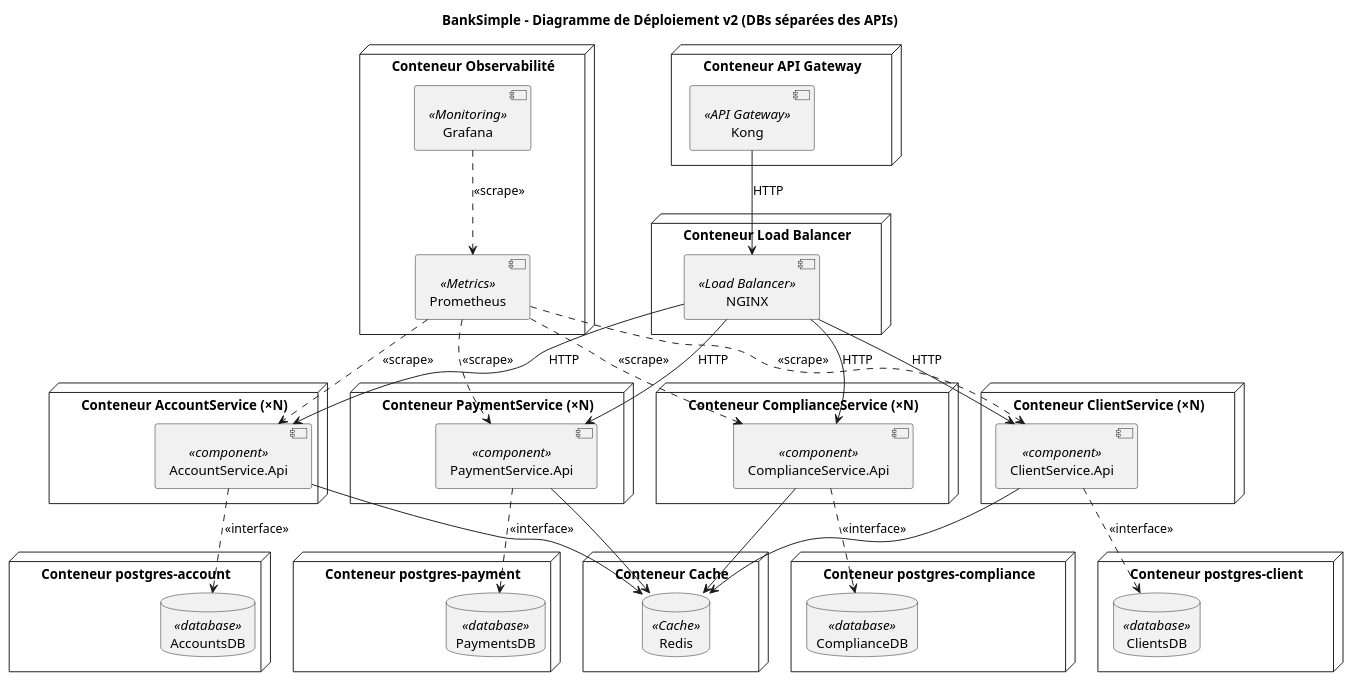
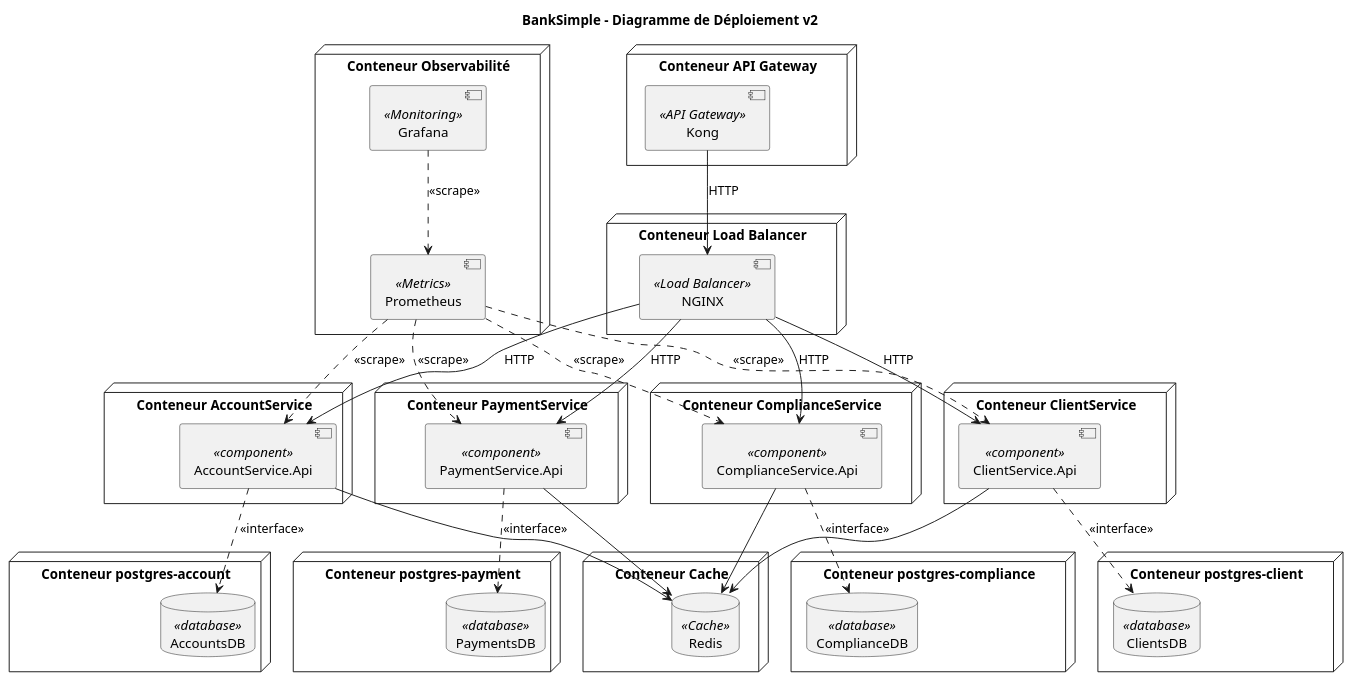
The diagram in docs/views/deployment_v2.puml (Toksunus/banksimple), drawn with PlantUML before and after one commit. The commit also changed 47 other files, not shown here.

```diff
--- a/docs/views/deployment_v2.puml
+++ b/docs/views/deployment_v2.puml
@@ -1,75 +1,75 @@
 @startuml deployment_v2
-title BankSimple - Diagramme de Déploiement v2 (DBs séparées des APIs)
+title BankSimple - Diagramme de Déploiement v2
 
 node "Conteneur API Gateway" {
   component "Kong" <<API Gateway>> as Gateway
 }
 
 node "Conteneur Load Balancer" {
   component "NGINX" <<Load Balancer>> as LB
 }
 
 node "Conteneur Observabilité" {
   component "Grafana" <<Monitoring>> as Grafana
   component "Prometheus" <<Metrics>> as Prometheus
   Grafana ..> Prometheus : <<scrape>>
 }
 
-node "Conteneur ClientService (×N)" {
+node "Conteneur ClientService" {
   component "ClientService.Api" <<component>> as Client_API
 }
 
-node "Conteneur AccountService (×N)" {
+node "Conteneur AccountService" {
   component "AccountService.Api" <<component>> as Account_API
 }
 
-node "Conteneur PaymentService (×N)" {
+node "Conteneur PaymentService" {
   component "PaymentService.Api" <<component>> as Payment_API
 }
 
-node "Conteneur ComplianceService (×N)" {
+node "Conteneur ComplianceService" {
   component "ComplianceService.Api" <<component>> as Compliance_API
 }
 
 node "Conteneur postgres-client" {
   database "ClientsDB" <<database>> as Client_DB
 }
 
 node "Conteneur postgres-account" {
   database "AccountsDB" <<database>> as Account_DB
 }
 
 node "Conteneur postgres-payment" {
   database "PaymentsDB" <<database>> as Payment_DB
 }
 
 node "Conteneur postgres-compliance" {
   database "ComplianceDB" <<database>> as Compliance_DB
 }
 
 node "Conteneur Cache" {
   database "Redis" <<Cache>> as Cache
 }
 
 Gateway --> LB : HTTP
 LB --> Client_API : HTTP
 LB --> Account_API : HTTP
 LB --> Payment_API : HTTP
 LB --> Compliance_API : HTTP
 
 Client_API ..> Client_DB : <<interface>>
 Account_API ..> Account_DB : <<interface>>
 Payment_API ..> Payment_DB : <<interface>>
 Compliance_API ..> Compliance_DB : <<interface>>
 
 Prometheus ..> Client_API : <<scrape>>
 Prometheus ..> Account_API : <<scrape>>
 Prometheus ..> Payment_API : <<scrape>>
 Prometheus ..> Compliance_API : <<scrape>>
 
 Client_API --> Cache
 Account_API --> Cache
 Payment_API --> Cache
 Compliance_API --> Cache
 
 @enduml
```
